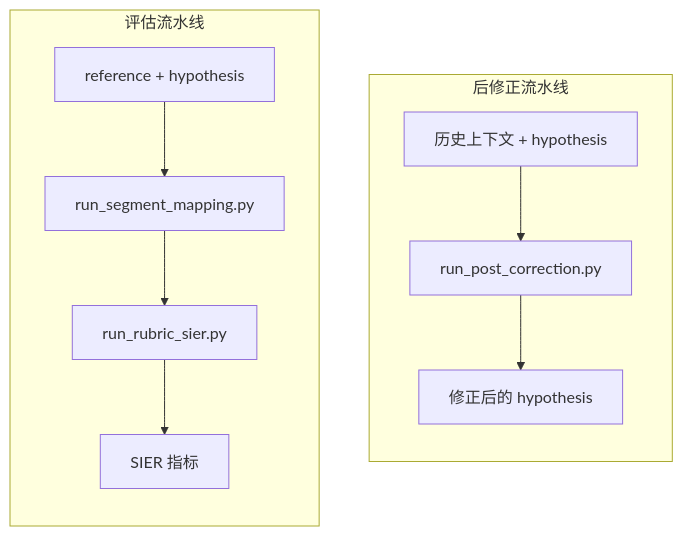
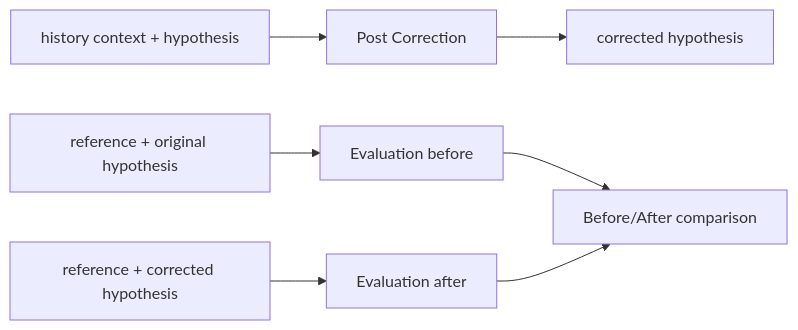
The third of 3 diagrams in README.zh.md (NytePlus/SMART), drawn with Mermaid before and after one commit. The commit also changed other lines of this file and 1 other file, not shown here.

````diff
--- a/README.zh.md
+++ b/README.zh.md
@@ -28,15 +272,9 @@
 ```mermaid
 flowchart LR
-    subgraph Correction[后修正流水线]
-        C1[历史上下文 + hypothesis] --> C2[run_post_correction.py]
-        C2 --> C3[修正后的 hypothesis]
-    end
-
-    subgraph Evaluation[评估流水线]
-        E1[reference + hypothesis] --> E2[run_segment_mapping.py]
-        E2 --> E3[run_rubric_sier.py]
-        E3 --> E4[SIER 指标]
-    end
-
-    Evaluation ~~~ Correction
+    H[history context + hypothesis] --> P[Post Correction]
+    P --> CH[corrected hypothesis]
+    B[reference + original hypothesis] --> E1[Evaluation before]
+    A[reference + corrected hypothesis] --> E2[Evaluation after]
+    E1 --> C[Before/After comparison]
+    E2 --> C
 ```
````
